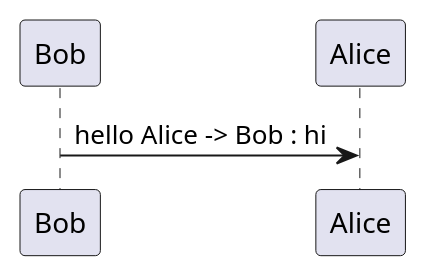
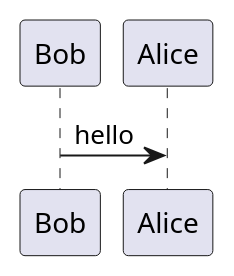
One commit to bpmbpm/doc changed the diagram in BPM/graphic_editor/mermaid_etc/PlantUML/example.md. Above: the diagram before and after it, drawn with PlantUML. The commit also changed other lines of this file, not shown here.

````diff
--- a/BPM/graphic_editor/mermaid_etc/PlantUML/example.md
+++ b/BPM/graphic_editor/mermaid_etc/PlantUML/example.md
@@ -4,3 +10,5 @@
-``` plantuml 
-Bob -> Alice : hello Alice -> Bob : hi
+```plantuml
+@startuml
+Bob -> Alice : hello
+@enduml
 ```
````
